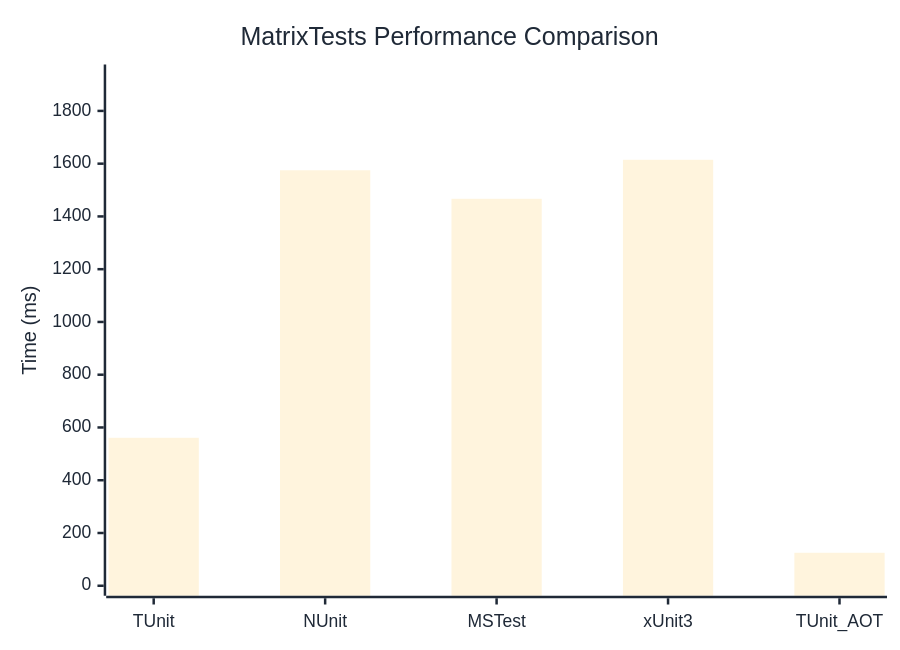
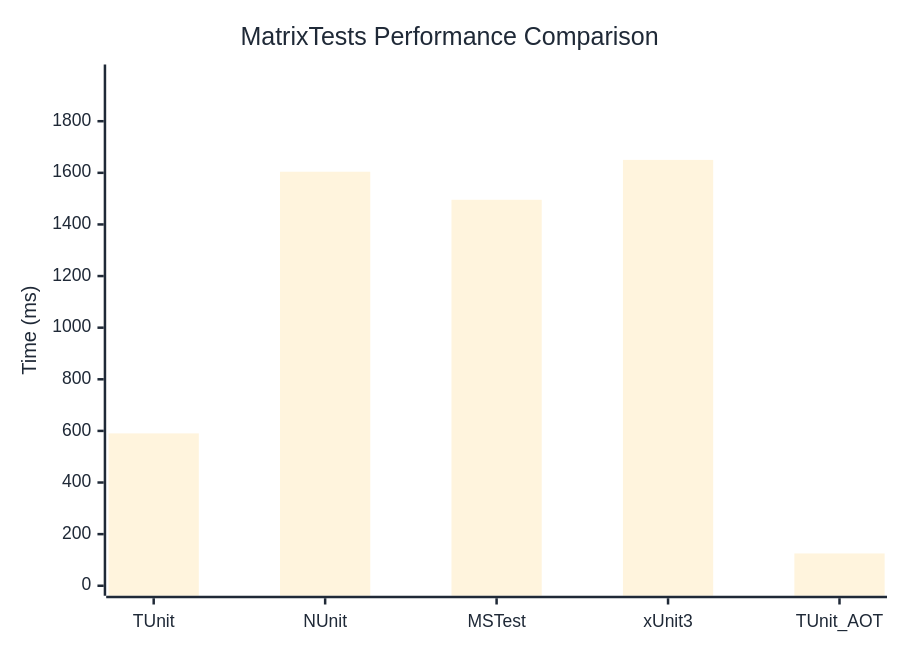
One commit to thomhurst/TUnit changed the diagram in docs/docs/benchmarks/MatrixTests.md. Above: the diagram before and after it, drawn with Mermaid. The commit also changed other lines of this file and 17 other files, not shown here.

````diff
--- a/docs/docs/benchmarks/MatrixTests.md
+++ b/docs/docs/benchmarks/MatrixTests.md
@@ -27,37 +27,37 @@
 ```mermaid
 %%{init: {
   'theme':'base',
   'themeVariables': {
     'primaryColor': '#2563eb',
     'primaryTextColor': '#1f2937',
     'primaryBorderColor': '#1e40af',
     'lineColor': '#6b7280',
     'secondaryColor': '#7c3aed',
     'tertiaryColor': '#dc2626',
     'background': '#ffffff',
     'mainBkg': '#2563eb',
     'secondBkg': '#7c3aed',
     'tertiaryBkg': '#dc2626',
     'clusterBkg': '#f3f4f6',
     'edgeLabelBackground': '#ffffff',
     'tertiaryTextColor': '#1f2937',
     'pie1': '#2563eb',
     'pie2': '#7c3aed',
     'pie3': '#dc2626',
     'pie4': '#f59e0b',
     'pie5': '#10b981',
     'pie6': '#06b6d4',
     'pie7': '#ec4899',
     'pie8': '#6366f1',
     'pie9': '#84cc16',
     'pie10': '#f97316',
     'pie11': '#14b8a6',
     'pie12': '#a855f7'
   }
 }}%%
 xychart-beta
   title "MatrixTests Performance Comparison"
   x-axis ["TUnit", "NUnit", "MSTest", "xUnit3", "TUnit_AOT"]
-  y-axis "Time (ms)" 0 --> 1938
-  bar [560.9, 1575, 1466.9, 1614.7, 125]
+  y-axis "Time (ms)" 0 --> 1981
+  bar [590.4, 1604.2, 1495.5, 1650.1, 125.2]
 ```
````
